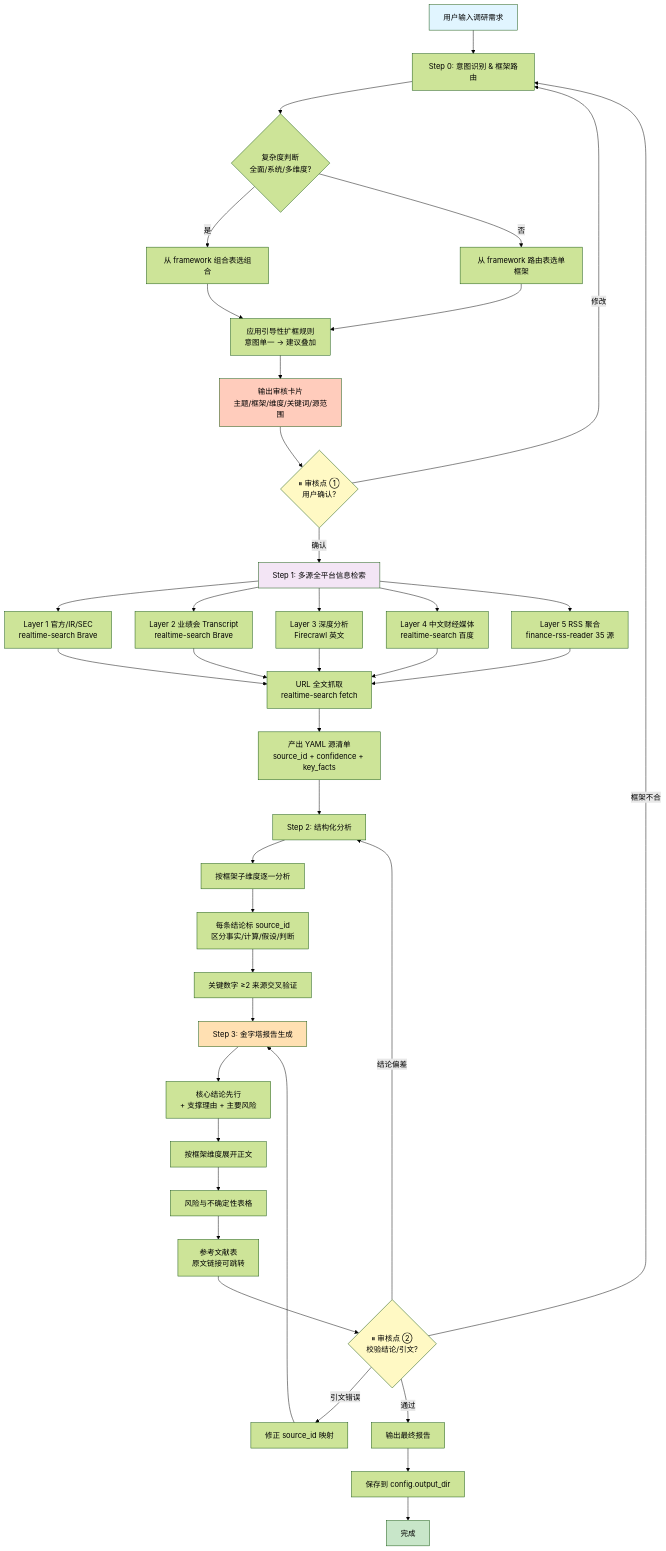
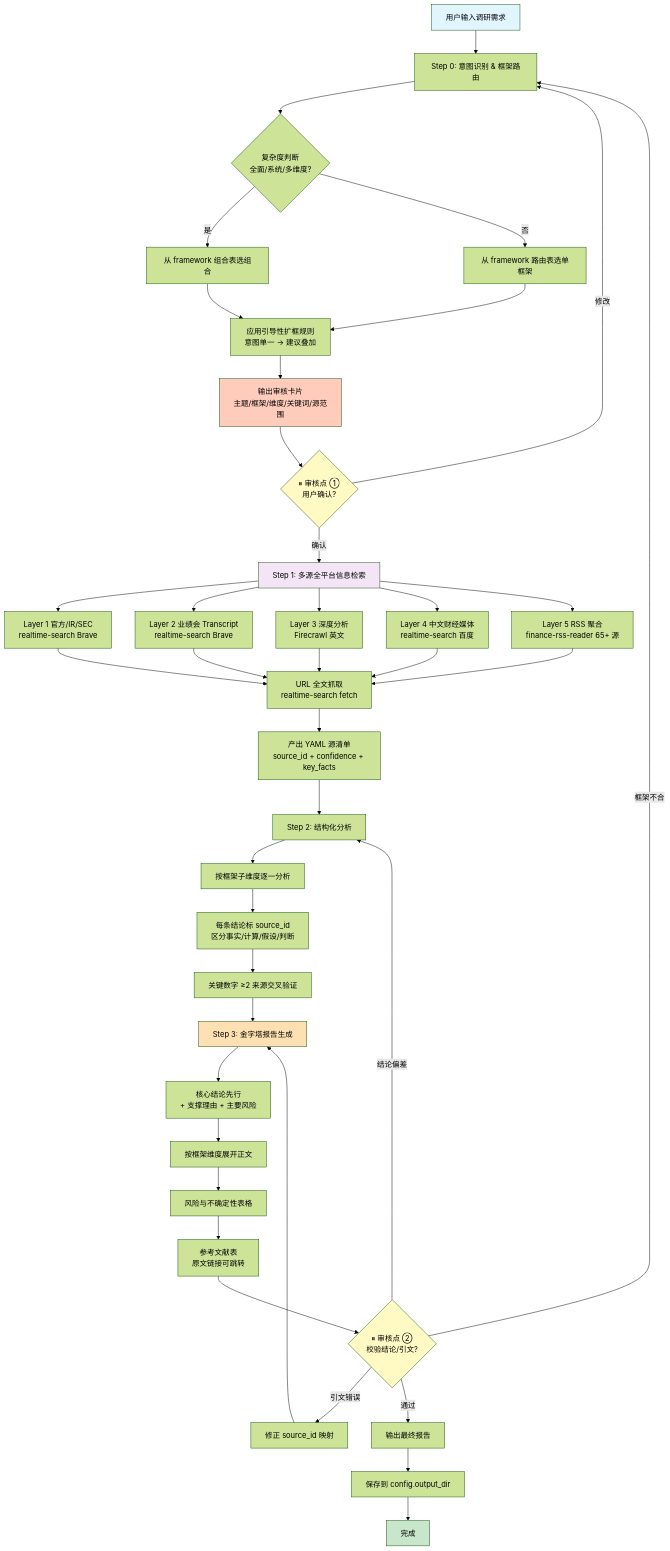
Before and after one commit to wwshuyu29-wq/search-agent: the diagram in references/workflow.md, drawn with Mermaid (forest theme). The commit also changed other lines of this file and 17 other files, not shown here.

````diff
--- a/references/workflow.md
+++ b/references/workflow.md
@@ -5,61 +5,61 @@
 ```mermaid
 graph TD
     Start[用户输入调研需求] --> Step0[Step 0: 意图识别 & 框架路由]
 
     Step0 --> Complex{复杂度判断<br/>全面/系统/多维度?}
     Complex -->|是| RouteCombo[从 framework 组合表选组合]
     Complex -->|否| RouteSingle[从 framework 路由表选单框架]
 
     RouteCombo --> Guide[应用引导性扩框规则<br/>意图单一 → 建议叠加]
     RouteSingle --> Guide
 
     Guide --> Card[输出审核卡片<br/>主题/框架/维度/关键词/源范围]
 
     Card --> Review1{⏸ 审核点 ①<br/>用户确认?}
     Review1 -->|修改| Step0
     Review1 -->|确认| Step1[Step 1: 多源全平台信息检索]
 
     Step1 --> L1[Layer 1 官方/IR/SEC<br/>realtime-search Brave]
     Step1 --> L2[Layer 2 业绩会 Transcript<br/>realtime-search Brave]
     Step1 --> L3[Layer 3 深度分析<br/>Firecrawl 英文]
     Step1 --> L4[Layer 4 中文财经媒体<br/>realtime-search 百度]
-    Step1 --> L5[Layer 5 RSS 聚合<br/>finance-rss-reader 35 源]
+    Step1 --> L5[Layer 5 RSS 聚合<br/>finance-rss-reader 65+ 源]
 
     L1 --> Fetch[URL 全文抓取<br/>realtime-search fetch]
     L2 --> Fetch
     L3 --> Fetch
     L4 --> Fetch
     L5 --> Fetch
 
     Fetch --> Yaml[产出 YAML 源清单<br/>source_id + confidence + key_facts]
 
     Yaml --> Step2[Step 2: 结构化分析]
     Step2 --> ByDim[按框架子维度逐一分析]
     ByDim --> Cite[每条结论标 source_id<br/>区分事实/计算/假设/判断]
     Cite --> Cross[关键数字 ≥2 来源交叉验证]
 
     Cross --> Step3[Step 3: 金字塔报告生成]
     Step3 --> Pyramid[核心结论先行<br/>+ 支撑理由 + 主要风险]
     Pyramid --> Dim[按框架维度展开正文]
     Dim --> RiskTable[风险与不确定性表格]
     RiskTable --> RefTable[参考文献表<br/>原文链接可跳转]
 
     RefTable --> Review2{⏸ 审核点 ②<br/>校验结论/引文?}
     Review2 -->|引文错误| FixCite[修正 source_id 映射]
     Review2 -->|结论偏差| Step2
     Review2 -->|框架不合| Step0
     Review2 -->|通过| Output[输出最终报告]
 
     FixCite --> Step3
 
     Output --> Save[保存到 config.output_dir]
     Save --> End[完成]
 
     style Start fill:#e1f5ff
     style End fill:#c8e6c9
     style Review1 fill:#fff9c4
     style Review2 fill:#fff9c4
     style Step1 fill:#f3e5f5
     style Step3 fill:#ffe0b2
     style Card fill:#ffccbc
 ```
````
